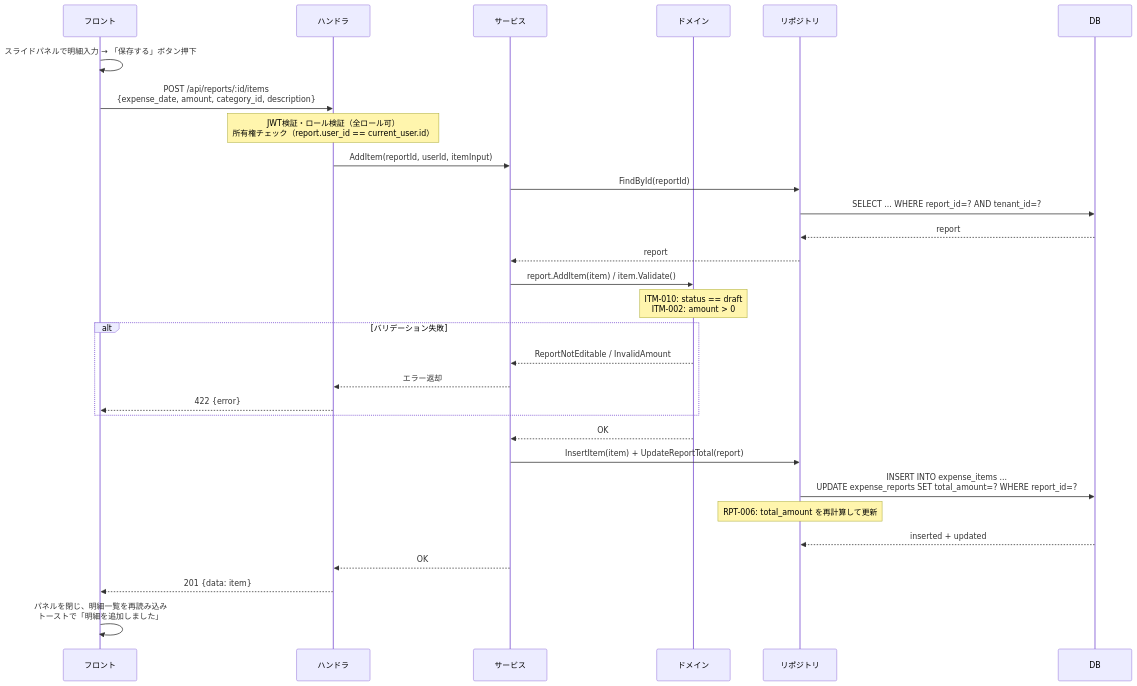
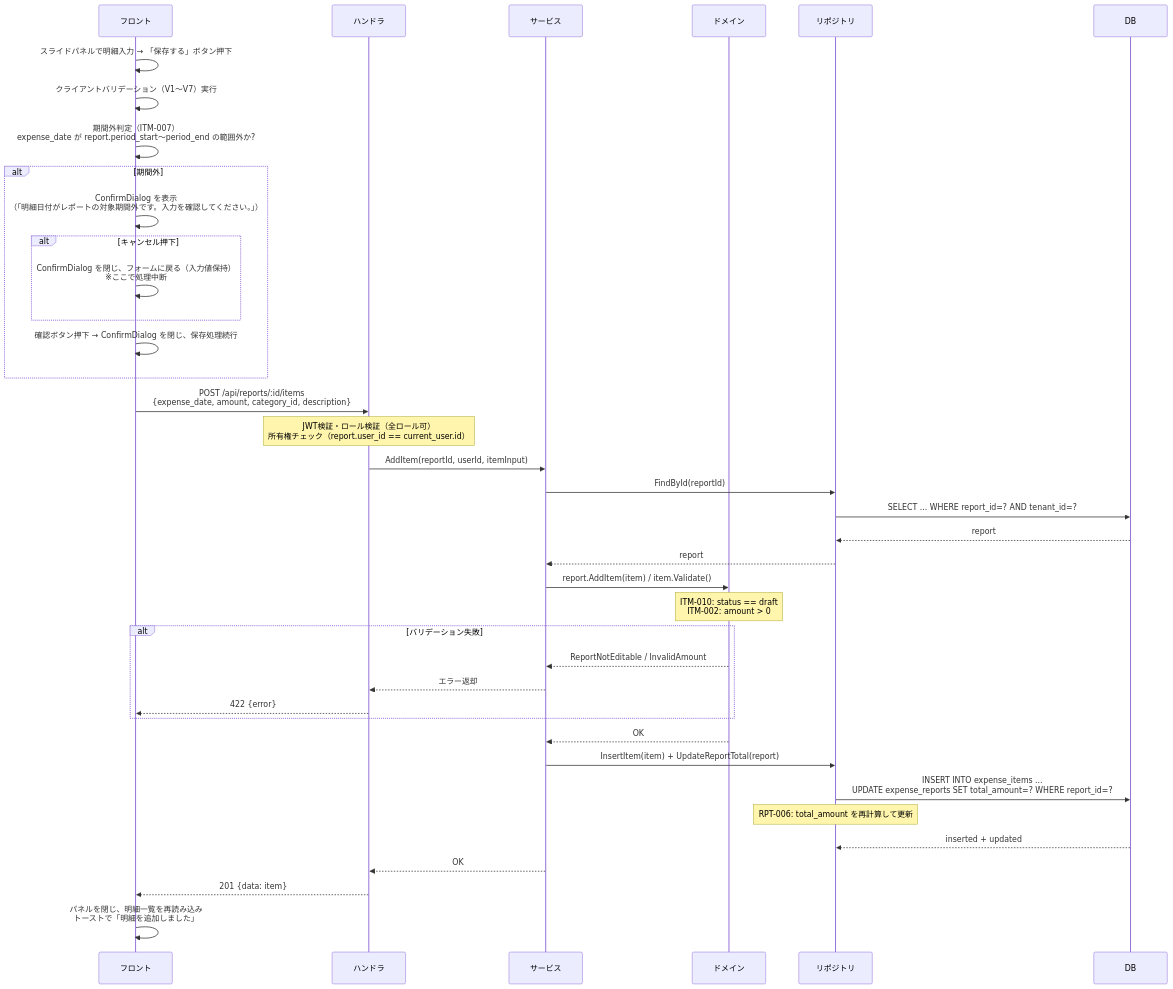
Before and after one commit to atsuro128/dev-journal: the sixth of 8 diagrams in deliverables/docs/50_detail_design/screens/report-detail.md, drawn with Mermaid. The commit also changed other lines of this file and 4 other files, not shown here.

````diff
--- a/deliverables/docs/50_detail_design/screens/report-detail.md
+++ b/deliverables/docs/50_detail_design/screens/report-detail.md
@@ -862,33 +903,42 @@
 ```mermaid
 sequenceDiagram
     participant F as フロント
     participant H as ハンドラ
     participant S as サービス
     participant D as ドメイン
     participant R as リポジトリ
     participant DB as DB
 
     F->>F: スライドパネルで明細入力 → 「保存する」ボタン押下
+    F->>F: クライアントバリデーション（V1〜V7）実行
+    F->>F: 期間外判定（ITM-007）<br/>expense_date が report.period_start〜period_end の範囲外か?
+    alt 期間外
+        F->>F: ConfirmDialog を表示<br/>（「明細日付がレポートの対象期間外です。入力を確認してください。」）
+        alt キャンセル押下
+            F->>F: ConfirmDialog を閉じ、フォームに戻る（入力値保持）<br/>※ここで処理中断
+        end
+        F->>F: 確認ボタン押下 → ConfirmDialog を閉じ、保存処理続行
+    end
     F->>H: POST /api/reports/:id/items<br/>{expense_date, amount, category_id, description}
     Note over H: JWT検証・ロール検証（全ロール可）<br/>所有権チェック（report.user_id == current_user.id）
     H->>S: AddItem(reportId, userId, itemInput)
     S->>R: FindById(reportId)
     R->>DB: SELECT ... WHERE report_id=? AND tenant_id=?
     DB-->>R: report
     R-->>S: report
     S->>D: report.AddItem(item) / item.Validate()
     Note over D: ITM-010: status == draft<br/>ITM-002: amount > 0
     alt バリデーション失敗
         D-->>S: ReportNotEditable / InvalidAmount
         S-->>H: エラー返却
         H-->>F: 422 {error}
     end
     D-->>S: OK
     S->>R: InsertItem(item) + UpdateReportTotal(report)
     R->>DB: INSERT INTO expense_items ...<br/>UPDATE expense_reports SET total_amount=? WHERE report_id=?
     Note over R: RPT-006: total_amount を再計算して更新
     DB-->>R: inserted + updated
     S-->>H: OK
     H-->>F: 201 {data: item}
     F->>F: パネルを閉じ、明細一覧を再読み込み<br/>トーストで「明細を追加しました」
 ```
````
